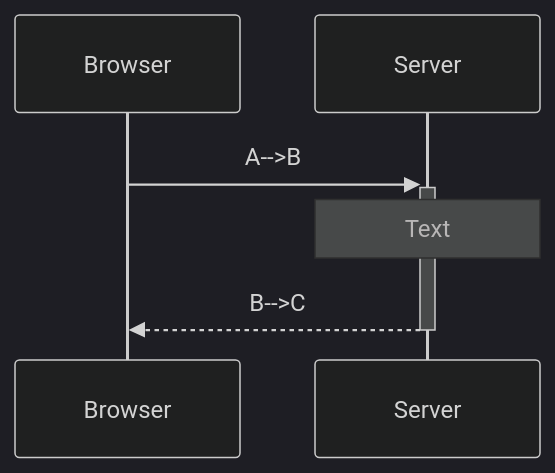
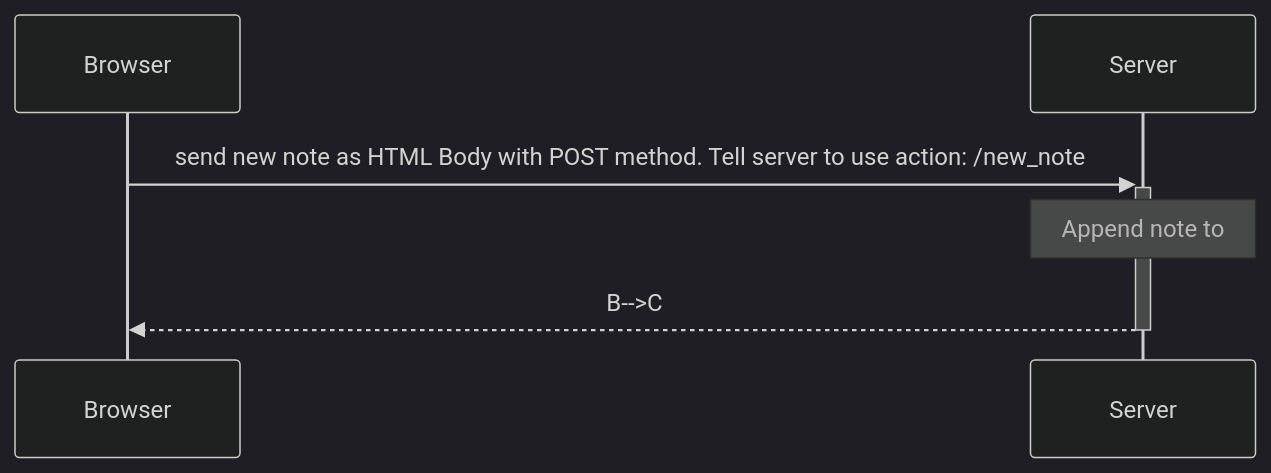
Before and after one commit to eemeli3/fullstack_tehtavat: the diagram in osa0/osa0_tehtavat.md, drawn with Mermaid (dark theme).

````diff
--- a/osa0/osa0_tehtavat.md
+++ b/osa0/osa0_tehtavat.md
@@ -1,8 +1,8 @@
 ```mermaid
 sequenceDiagram;
     participant A as Browser;
     participant B as Server;
-    A->>+B: A-->B;
-    Note over B: Text
+    A->>+B: send new note as HTML Body with POST method. Tell server to use action: /new_note;
+    Note over B: Append note to 
     B-->>-A: B-->C;
 ```
````
